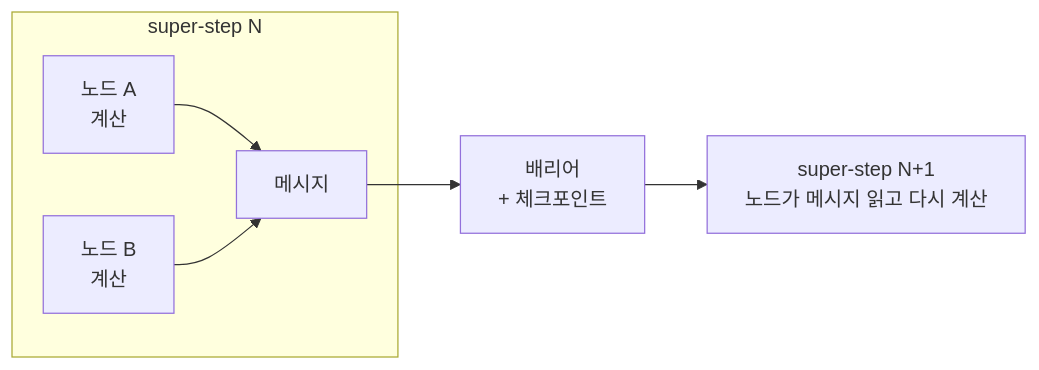
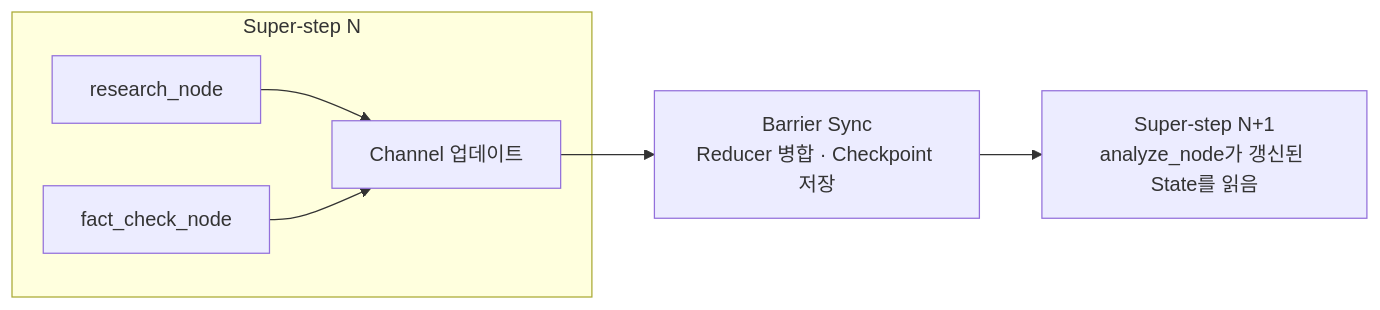
One commit to kukjun/blog changed the diagram in src/content/blog/ko/langgraph-pregel.md. Above: the diagram before and after it, drawn with Mermaid. The commit also changed other lines of this file and 1 other file, not shown here.

````diff
--- a/src/content/blog/ko/langgraph-pregel.md
+++ b/src/content/blog/ko/langgraph-pregel.md
@@ -35,9 +144,9 @@
 ```mermaid
 flowchart LR
-  subgraph s1["super-step N"]
-    A1["노드 A<br/>계산"] --> AB["메시지"]
-    B1["노드 B<br/>계산"] --> AB
+  subgraph s1["Super-step N"]
+    A1["research_node"] --> CH["Channel 업데이트"]
+    B1["fact_check_node"] --> CH
   end
-  AB --> BAR["배리어<br/>+ 체크포인트"]
-  BAR --> s2["super-step N+1<br/>노드가 메시지 읽고 다시 계산"]
+  CH --> BAR["Barrier Sync<br/>Reducer 병합 · Checkpoint 저장"]
+  BAR --> s2["Super-step N+1<br/>analyze_node가 갱신된 State를 읽음"]
 ```
````
